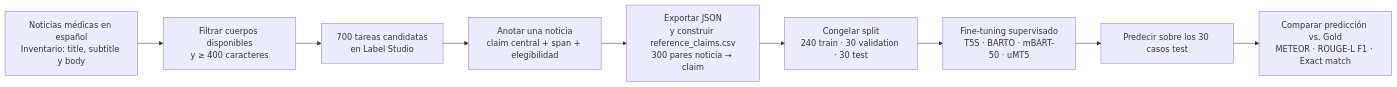
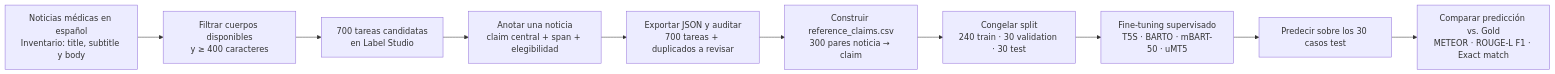
Before and after one commit to RenzoAL7/latam-medical-misinformation-classification: the diagram in README.md, drawn with Mermaid. The commit also changed other lines of this file and 6 other files, not shown here.

````diff
--- a/README.md
+++ b/README.md
@@ -59,14 +65,15 @@
 ```mermaid
 flowchart LR
     A["Noticias médicas en español<br/>Inventario: title, subtitle y body"]
     B["Filtrar cuerpos disponibles<br/>y ≥ 400 caracteres"]
     C["700 tareas candidatas<br/>en Label Studio"]
     D["Anotar una noticia<br/>claim central + span + elegibilidad"]
-    E["Exportar JSON<br/>y construir reference_claims.csv<br/>300 pares noticia → claim"]
-    F["Congelar split<br/>240 train · 30 validation · 30 test"]
-    G["Fine-tuning supervisado<br/>T5S · BARTO · mBART-50 · uMT5"]
-    H["Predecir sobre los 30 casos test"]
-    I["Comparar predicción vs. Gold<br/>METEOR · ROUGE-L F1 · Exact match"]
+    E["Exportar JSON y auditar<br/>700 tareas + duplicados a revisar"]
+    F["Construir reference_claims.csv<br/>300 pares noticia → claim"]
+    G["Congelar split<br/>240 train · 30 validation · 30 test"]
+    H["Fine-tuning supervisado<br/>T5S · BARTO · mBART-50 · uMT5"]
+    I["Predecir sobre los 30 casos test"]
+    J["Comparar predicción vs. Gold<br/>METEOR · ROUGE-L F1 · Exact match"]
 
-    A --> B --> C --> D --> E --> F --> G --> H --> I
+    A --> B --> C --> D --> E --> F --> G --> H --> I --> J
 ```
````
